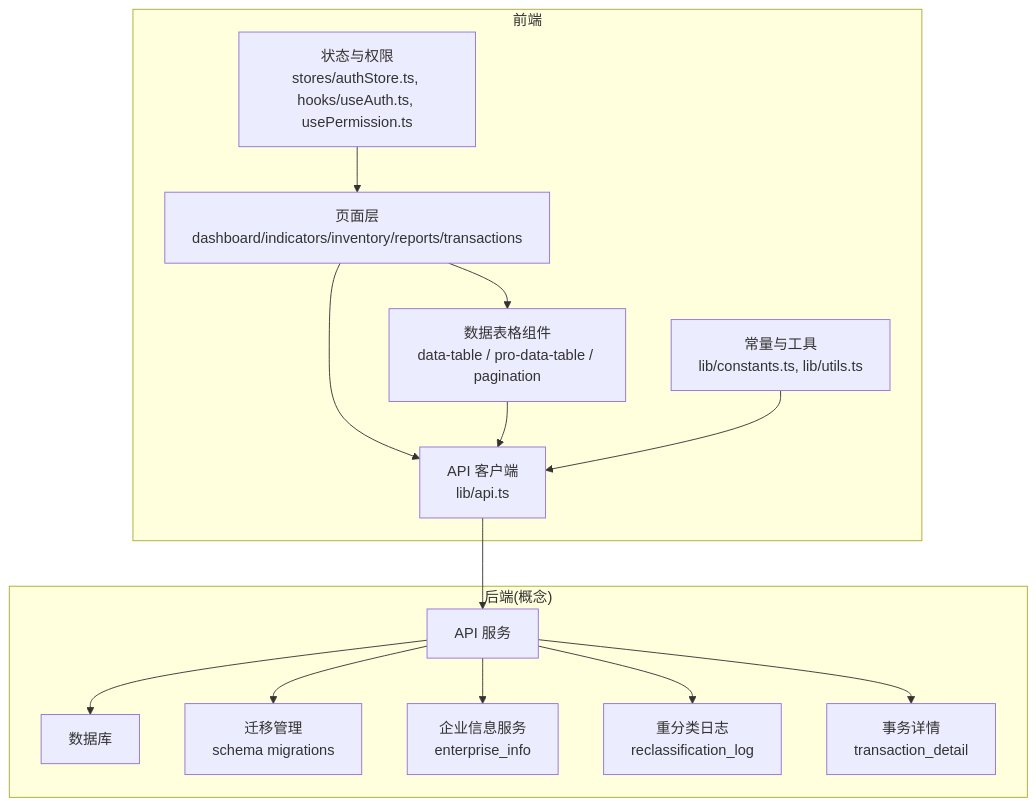
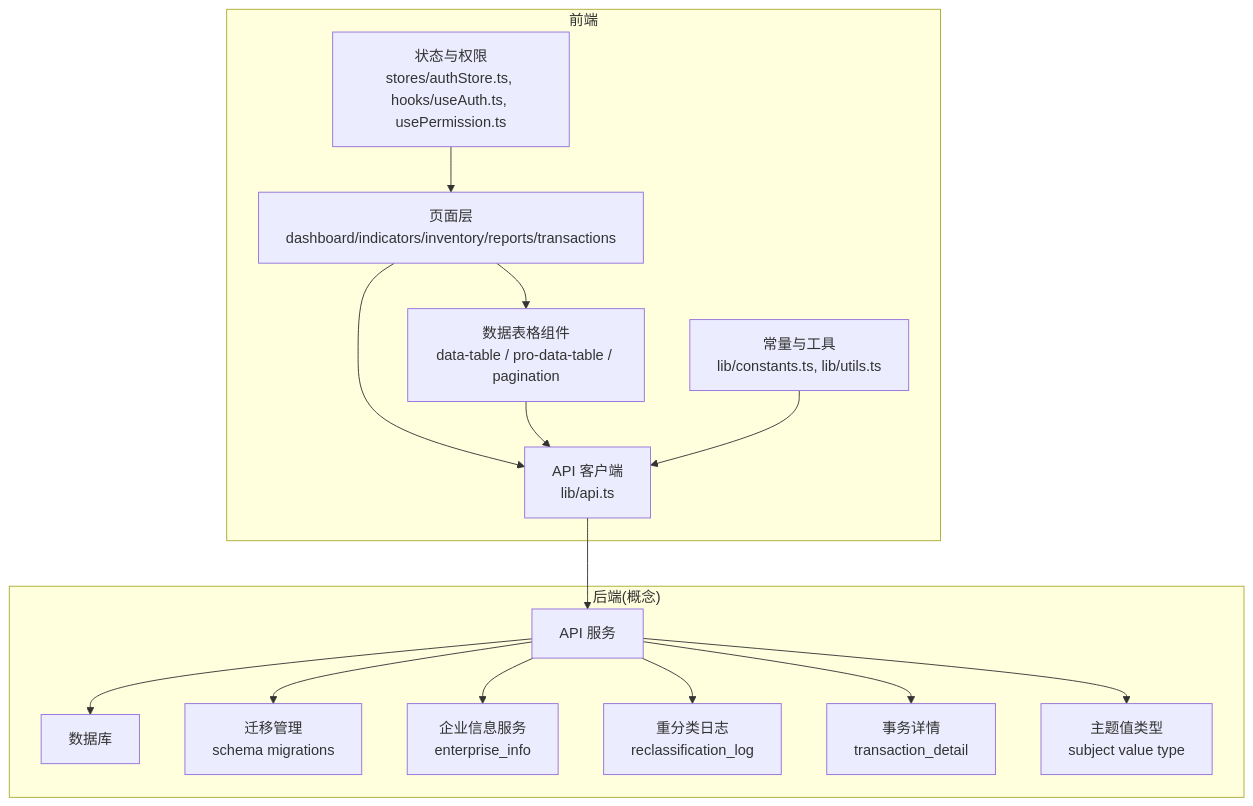
Before and after one commit to Damao997/newproject: the first of 6 diagrams in .qoder/repowiki/zh/content/架构设计/数据库架构设计.md, drawn with Mermaid. The commit also changed other lines of this file and 118 other files, not shown here.

````diff
--- a/.qoder/repowiki/zh/content/架构设计/数据库架构设计.md
+++ b/.qoder/repowiki/zh/content/架构设计/数据库架构设计.md
@@ -68,29 +69,31 @@
 ```mermaid
 graph TB
 subgraph "前端"
 A["页面层<br/>dashboard/indicators/inventory/reports/transactions"]
 B["数据表格组件<br/>data-table / pro-data-table / pagination"]
 C["API 客户端<br/>lib/api.ts"]
 D["状态与权限<br/>stores/authStore.ts, hooks/useAuth.ts, usePermission.ts"]
 E["常量与工具<br/>lib/constants.ts, lib/utils.ts"]
 end
 subgraph "后端(概念)"
 F["API 服务"]
 G["数据库"]
 H["迁移管理<br/>schema migrations"]
 I["企业信息服务<br/>enterprise_info"]
 J["重分类日志<br/>reclassification_log"]
 K["事务详情<br/>transaction_detail"]
+L["主题值类型<br/>subject value type"]
 end
 A --> B
 A --> C
 B --> C
 C --> F
 F --> G
 F --> H
 F --> I
 F --> J
 F --> K
+F --> L
 D --> A
 E --> C
 ```
````
